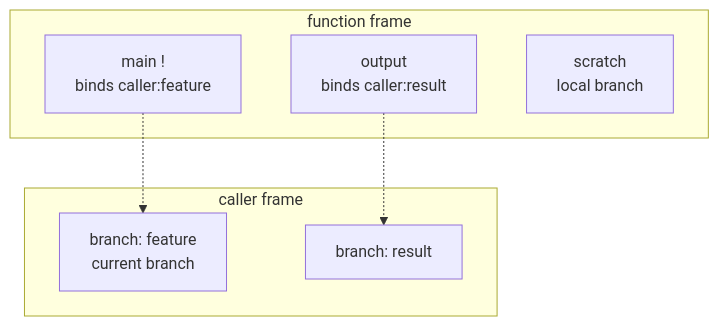
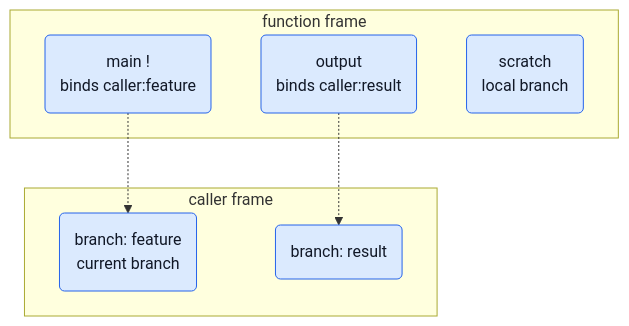
One commit to Lax125/gitscript changed the third of 9 diagrams in docs/spec.md. Above: the diagram before and after it, drawn with Mermaid. The commit also changed other lines of this file, not shown here.

Commit message:
improve graphs in spec

````diff
--- a/docs/spec.md
+++ b/docs/spec.md
@@ -73,16 +81,19 @@
 ```mermaid
 flowchart TB
     subgraph Caller["caller frame"]
-        Feature["branch: feature\ncurrent branch"]
-        Result["branch: result"]
+        Feature("branch: feature\ncurrent branch")
+        Result("branch: result")
     end
 
     subgraph Callee["function frame"]
-        Main["main !\nbinds caller:feature"]
-        Output["output\nbinds caller:result"]
-        Scratch["scratch\nlocal branch"]
+        Main("main !\nbinds caller:feature")
+        Output("output\nbinds caller:result")
+        Scratch("scratch\nlocal branch")
     end
 
     Main -.-> Feature
     Output -.-> Result
+    
+    classDef branch fill:#dbeafe,stroke:#2563eb,color:#111827
+    class Feature,Result,Main,Output,Scratch branch
 ```
````
